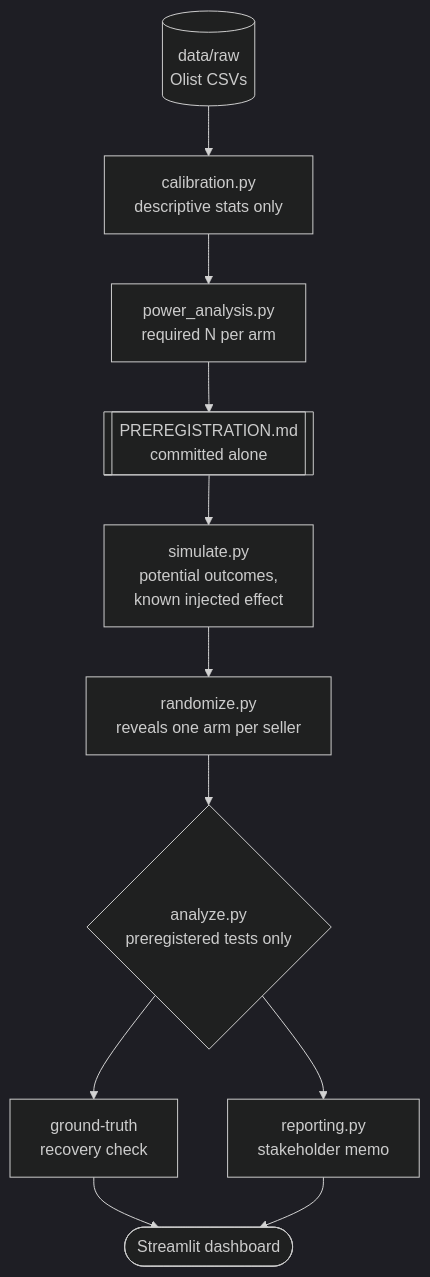
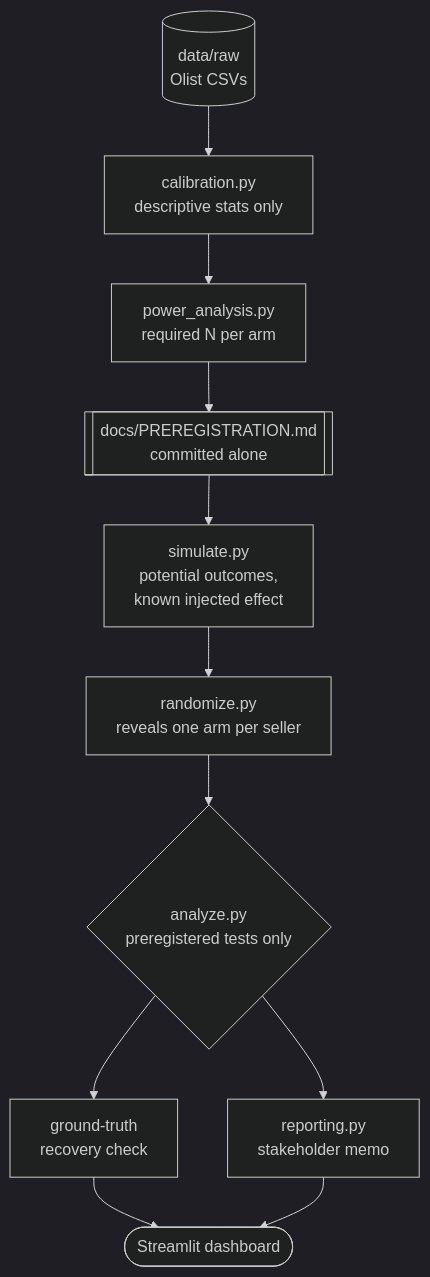
Before and after one commit to abhinavharbola/shipping-policy-ab-testing: the diagram in README.md, drawn with Mermaid (dark theme). The commit also changed other lines of this file and 28 other files, not shown here.

Commit message:
pipeline and architecture fixes

````diff
--- a/README.md
+++ b/README.md
@@ -69,13 +70,13 @@
 ```mermaid
 flowchart TD
     raw[(data/raw\nOlist CSVs)] --> calib[calibration.py\ndescriptive stats only]
     calib --> power[power_analysis.py\nrequired N per arm]
-    power --> prereg[[PREREGISTRATION.md\ncommitted alone]]
+    power --> prereg[[docs/PREREGISTRATION.md\ncommitted alone]]
     prereg --> sim[simulate.py\npotential outcomes,\nknown injected effect]
     sim --> rand[randomize.py\nreveals one arm per seller]
     rand --> analyze{analyze.py\npreregistered tests only}
     analyze --> recovery[ground-truth\nrecovery check]
     analyze --> memo[reporting.py\nstakeholder memo]
     recovery --> dash([Streamlit dashboard])
     memo --> dash
 ```
````
